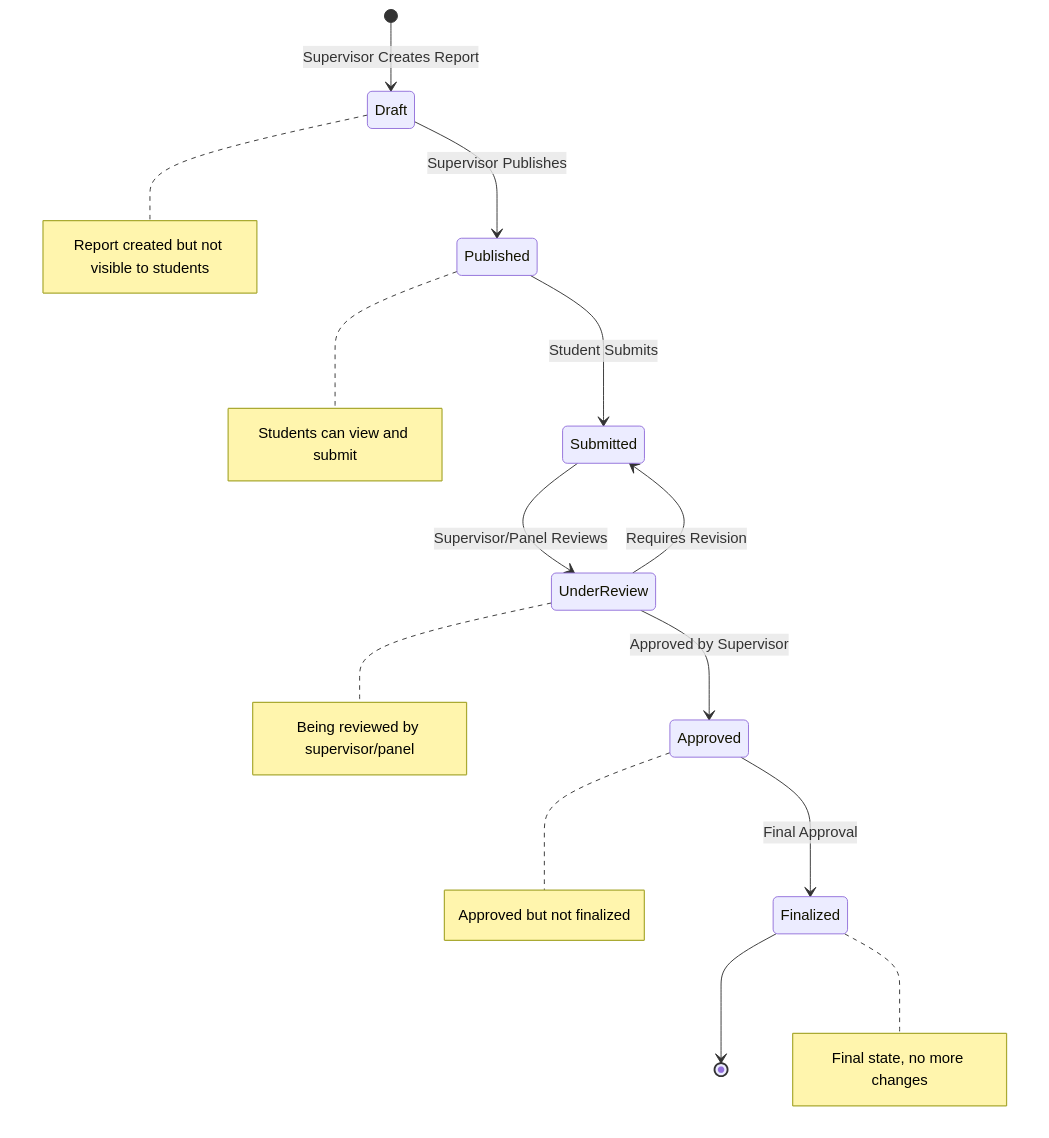
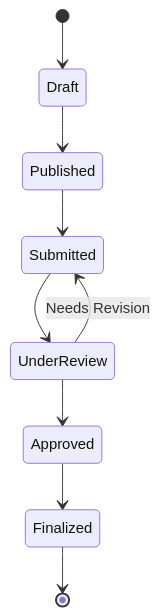
Before and after one commit to abdullah2323442/thesisrepo-backup: diagram 16 of 19 in documentation/sequence-diagrams.md, drawn with Mermaid. The commit also changed other lines of this file, not shown here.

````diff
--- a/documentation/sequence-diagrams.md
+++ b/documentation/sequence-diagrams.md
@@ -897,31 +503,11 @@
 ```mermaid
 stateDiagram-v2
-    [*] --> Draft: Supervisor Creates Report
-    Draft --> Published: Supervisor Publishes
-    Published --> Submitted: Student Submits
-    Submitted --> UnderReview: Supervisor/Panel Reviews
-    UnderReview --> Submitted: Requires Revision
-    UnderReview --> Approved: Approved by Supervisor
-    Approved --> Finalized: Final Approval
+    [*] --> Draft
+    Draft --> Published
+    Published --> Submitted
+    Submitted --> UnderReview
+    UnderReview --> Submitted: Needs Revision
+    UnderReview --> Approved
+    Approved --> Finalized
     Finalized --> [*]
-    
-    note right of Draft
-        Report created but not visible to students
-    end note
-    
-    note right of Published
-        Students can view and submit
-    end note
-    
-    note right of UnderReview
-        Being reviewed by supervisor/panel
-    end note
-    
-    note right of Approved
-        Approved but not finalized
-    end note
-    
-    note right of Finalized
-        Final state, no more changes
-    end note
 ```
````
